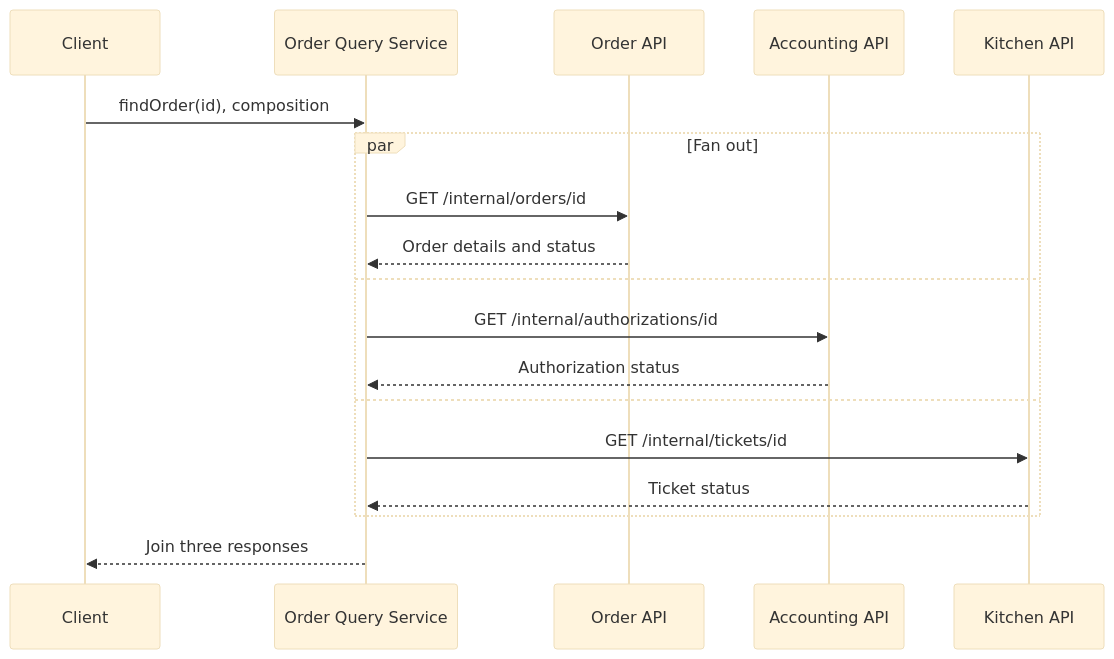
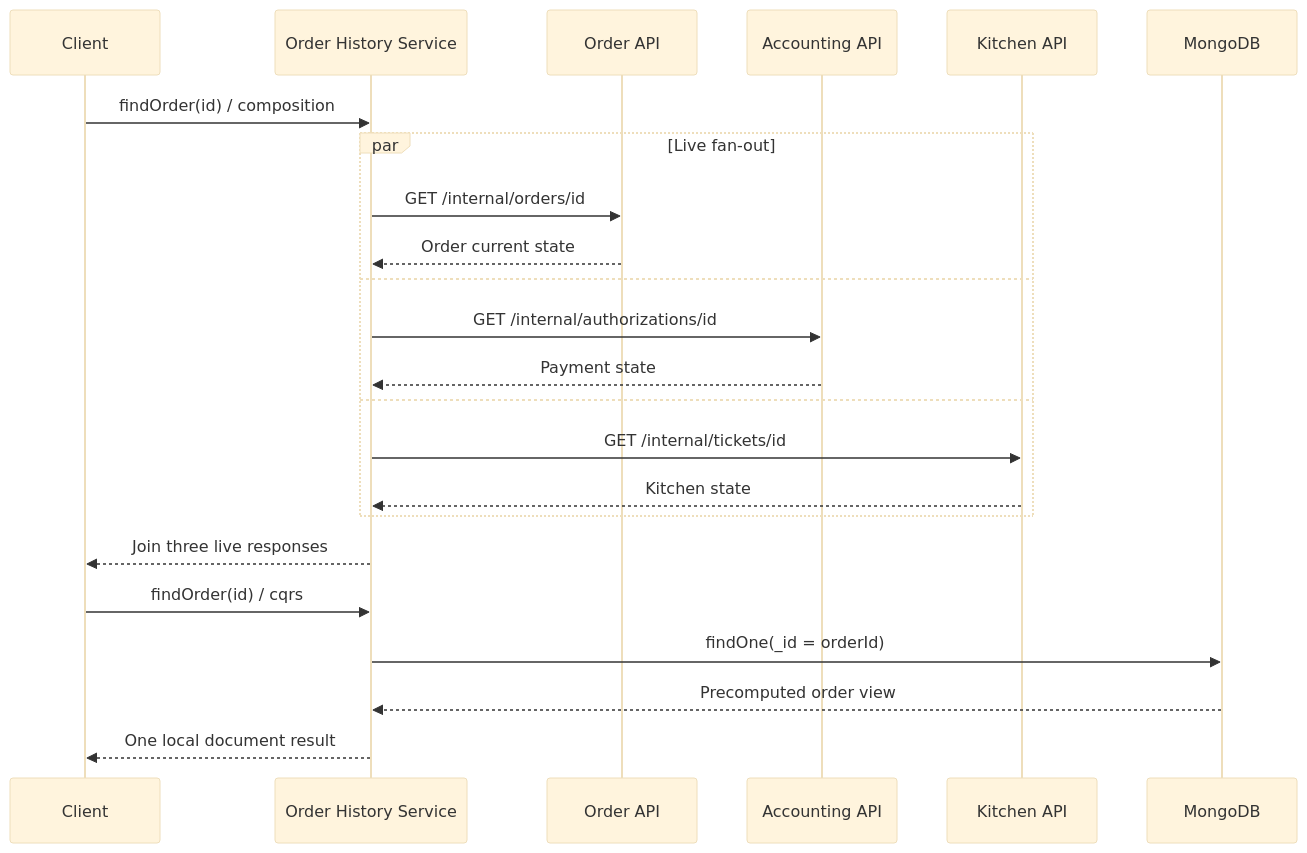
One commit to saverioieva/information-systems-design-big-data-examples changed the third of 4 diagrams in event-driven-architecture/event-sourced-cqrs-query-service/README.md. Above: the diagram before and after it, drawn with Mermaid (base theme). The commit also changed other lines of this file and 28 other files, not shown here.

````diff
--- a/event-driven-architecture/event-sourced-cqrs-query-service/README.md
+++ b/event-driven-architecture/event-sourced-cqrs-query-service/README.md
@@ -79,20 +111,25 @@
 ```mermaid
 sequenceDiagram
     participant Client
-    participant Q as Order Query Service
+    participant H as Order History Service
     participant O as Order API
     participant A as Accounting API
     participant K as Kitchen API
-    Client->>Q: findOrder(id), composition
-    par Fan out
-        Q->>O: GET /internal/orders/id
-        O-->>Q: Order details and status
+    participant Mongo as MongoDB
+    Client->>H: findOrder(id) / composition
+    par Live fan-out
+        H->>O: GET /internal/orders/id
+        O-->>H: Order current state
     and
-        Q->>A: GET /internal/authorizations/id
-        A-->>Q: Authorization status
+        H->>A: GET /internal/authorizations/id
+        A-->>H: Payment state
     and
-        Q->>K: GET /internal/tickets/id
-        K-->>Q: Ticket status
+        H->>K: GET /internal/tickets/id
+        K-->>H: Kitchen state
     end
-    Q-->>Client: Join three responses
+    H-->>Client: Join three live responses
+    Client->>H: findOrder(id) / cqrs
+    H->>Mongo: findOne(_id = orderId)
+    Mongo-->>H: Precomputed order view
+    H-->>Client: One local document result
 ```
````
